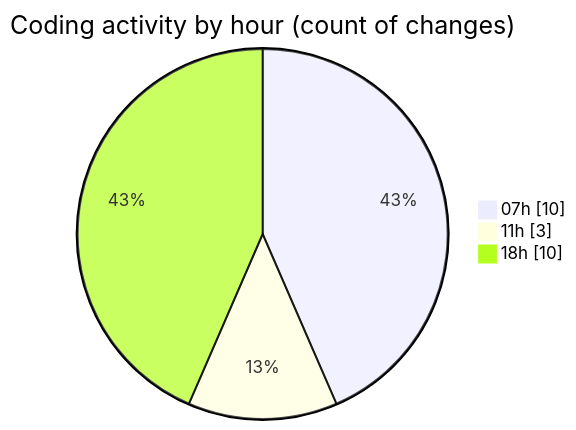
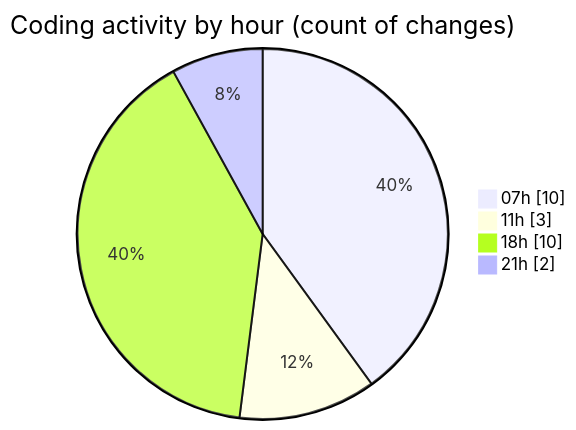
One commit to FelipKnott/code-tracking changed the second of 2 diagrams in 2025-07-12/cursor/README.md. Above: the diagram before and after it, drawn with Mermaid. The commit also changed other lines of this file and 1 other file, not shown here.

````diff
--- a/2025-07-12/cursor/README.md
+++ b/2025-07-12/cursor/README.md
@@ -37,7 +37,8 @@
 ```mermaid
 pie showData
 title Coding activity by hour (count of changes)
 "07h" : 10
 "11h" : 3
 "18h" : 10
+"21h" : 2
 ```
````
